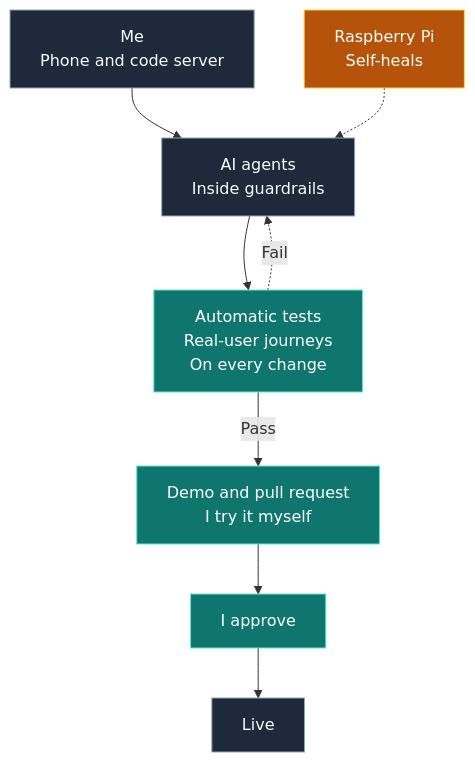
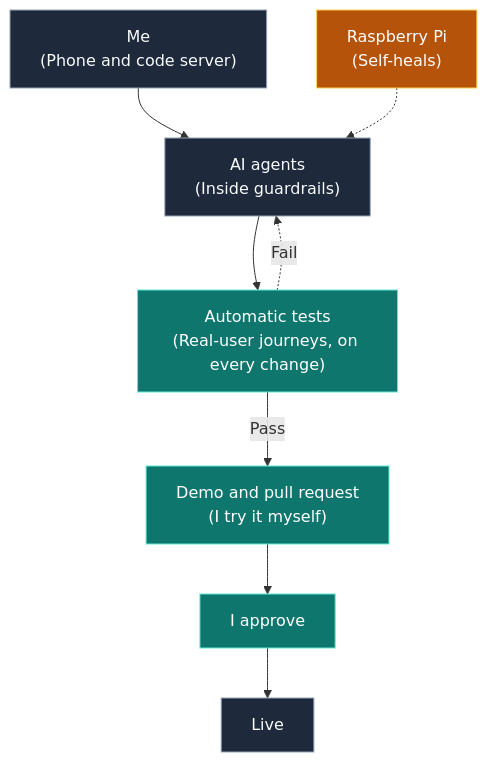
The first of 2 diagrams in README.md (murilobellatini/murilobellatini), drawn with Mermaid before and after one commit. The commit also changed other lines of this file and 1 other file, not shown here.

Commit message:
docs: extensions in parentheses (quoted labels)

````diff
--- a/README.md
+++ b/README.md
@@ -132,18 +132,18 @@
 ```mermaid
 flowchart TD
-    ME[Me<br>Phone and code server] --> AG[AI agents<br>Inside guardrails]
-    AG --> T[Automatic tests<br>Real-user journeys<br>On every change]
-    T -- Pass --> PR[Demo and pull request<br>I try it myself]
+    ME["Me<br>(Phone and code server)"] --> AG["AI agents<br>(Inside guardrails)"]
+    AG --> T["Automatic tests<br>(Real-user journeys, on every change)"]
+    T -- Pass --> PR["Demo and pull request<br>(I try it myself)"]
     T -. Fail .-> AG
     PR --> OK[I approve]
     OK --> LIVE[Live]
 
-    PI[Raspberry Pi<br>Self-heals] -.-> AG
+    PI["Raspberry Pi<br>(Self-heals)"] -.-> AG
 
     classDef flow fill:#1e293b,stroke:#94a3b8,color:#f8fafc;
     classDef gate fill:#0f766e,stroke:#5eead4,color:#ffffff;
     classDef pi fill:#b45309,stroke:#fcd34d,color:#ffffff;
     class ME,AG,LIVE flow;
     class T,PR,OK gate;
     class PI pi;
 ```
````
